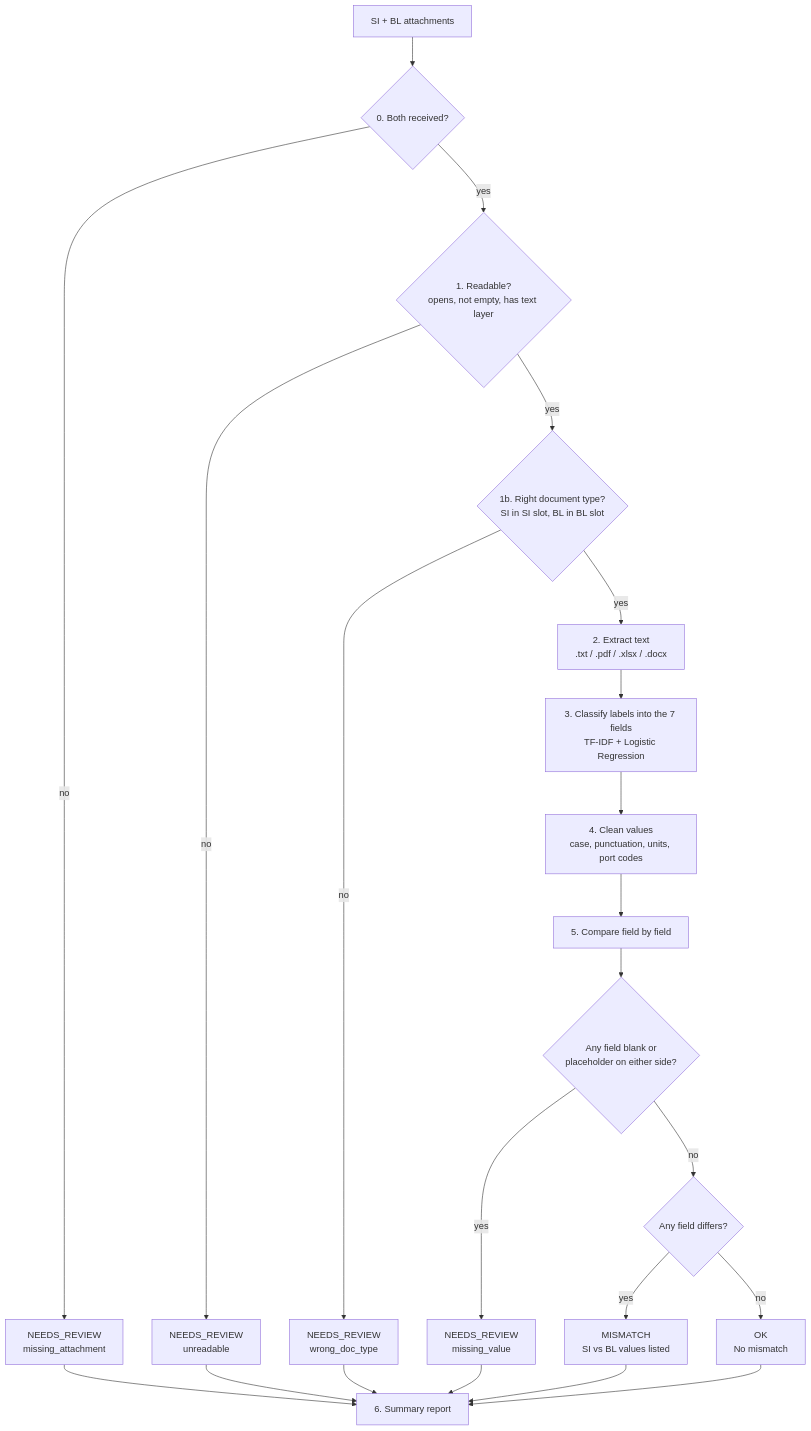
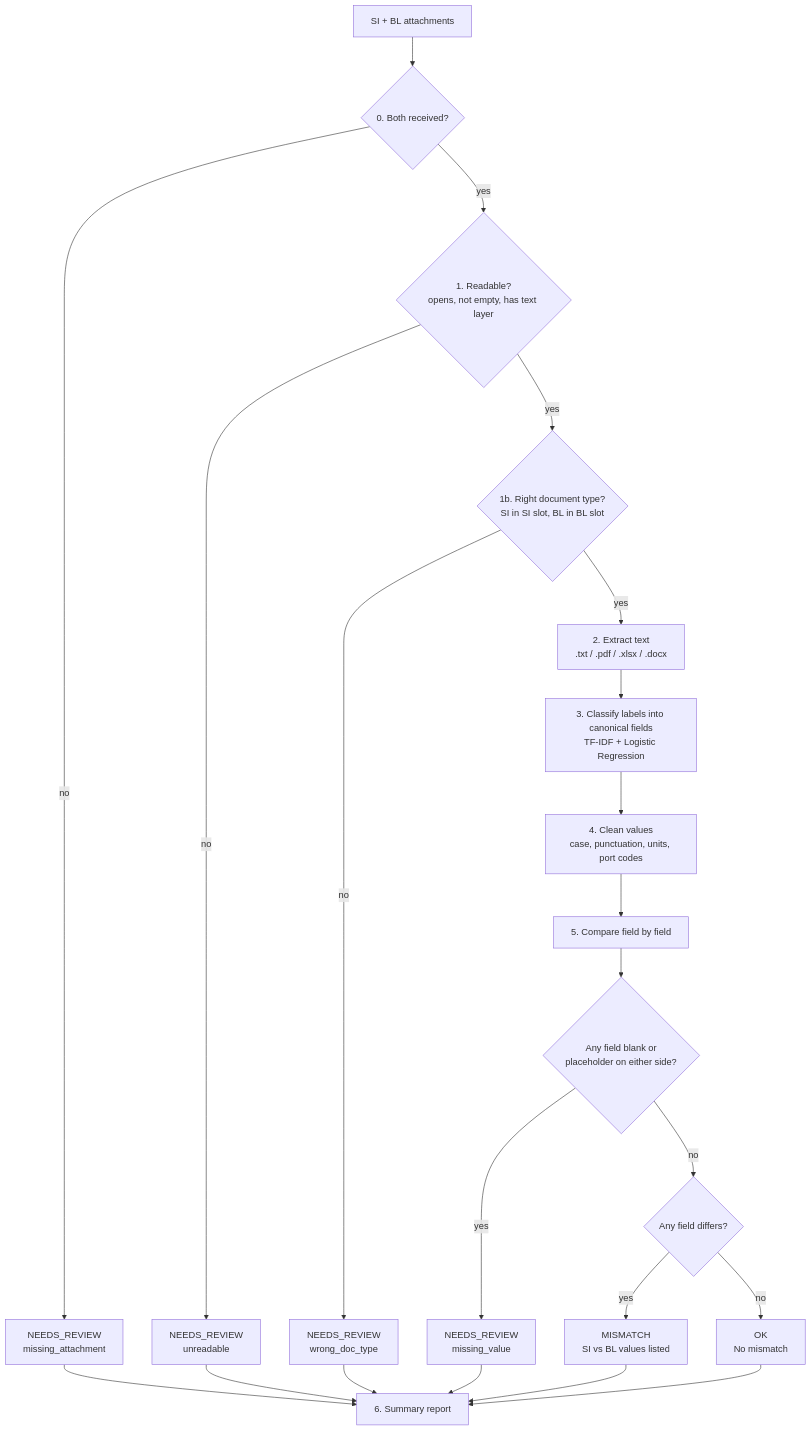
The diagram in sdoc_comparator/WORKFLOW.md (TeyYongZhun/SleepyM4tcha-Hackathon), drawn with Mermaid before and after one commit. The commit also changed other lines of this file and 4 other files, not shown here.

````diff
--- a/sdoc_comparator/WORKFLOW.md
+++ b/sdoc_comparator/WORKFLOW.md
@@ -14,19 +23,19 @@
 ```mermaid
 flowchart TD
     A[SI + BL attachments] --> B{0. Both received?}
     B -- no --> R1[NEEDS_REVIEW<br/>missing_attachment]
     B -- yes --> C{1. Readable?<br/>opens, not empty, has text layer}
     C -- no --> R2[NEEDS_REVIEW<br/>unreadable]
     C -- yes --> D{1b. Right document type?<br/>SI in SI slot, BL in BL slot}
     D -- no --> R3[NEEDS_REVIEW<br/>wrong_doc_type]
     D -- yes --> E[2. Extract text<br/>.txt / .pdf / .xlsx / .docx]
-    E --> F[3. Classify labels into the 7 fields<br/>TF-IDF + Logistic Regression]
+    E --> F[3. Classify labels into canonical fields<br/>TF-IDF + Logistic Regression]
     F --> G[4. Clean values<br/>case, punctuation, units, port codes]
     G --> H[5. Compare field by field]
     H --> I{Any field blank or<br/>placeholder on either side?}
     I -- yes --> R4[NEEDS_REVIEW<br/>missing_value]
     I -- no --> J{Any field differs?}
     J -- yes --> M[MISMATCH<br/>SI vs BL values listed]
     J -- no --> OK[OK<br/>No mismatch]
     R1 & R2 & R3 & R4 & M & OK --> S[6. Summary report]
 ```
````
